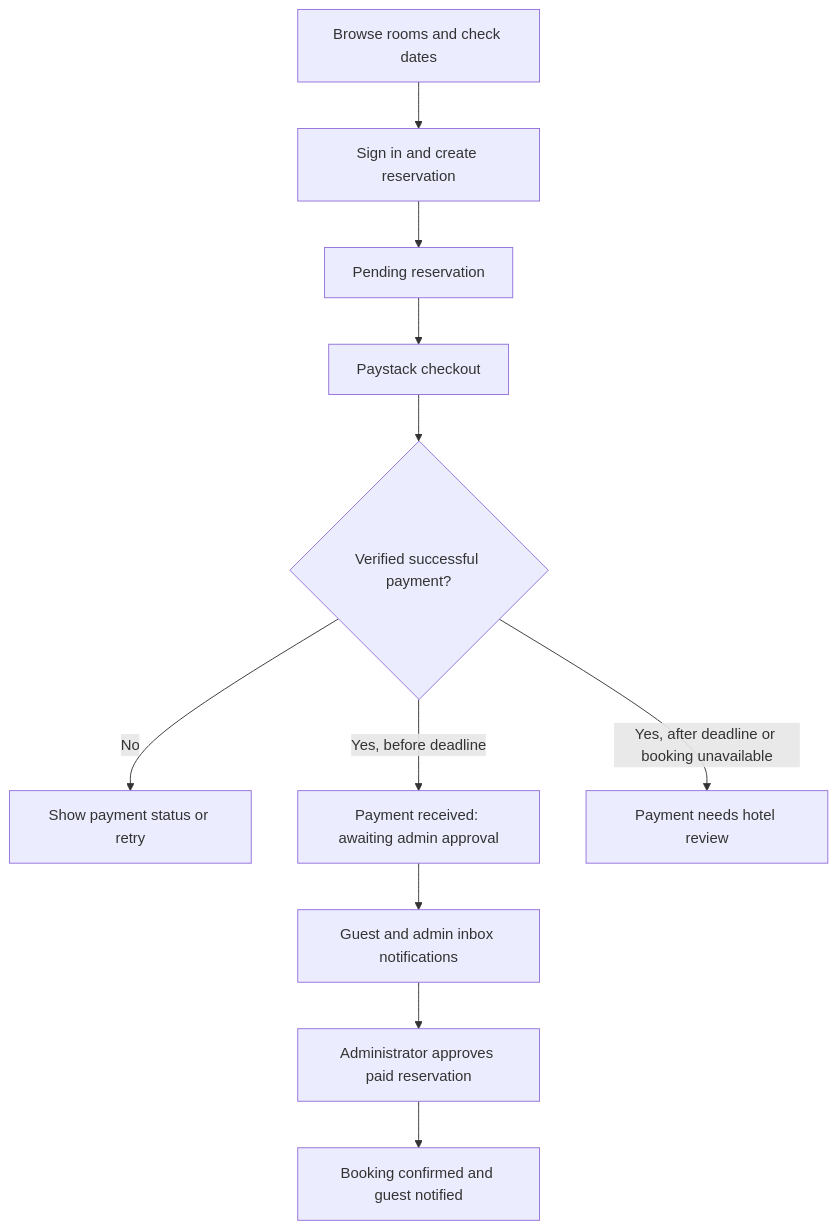
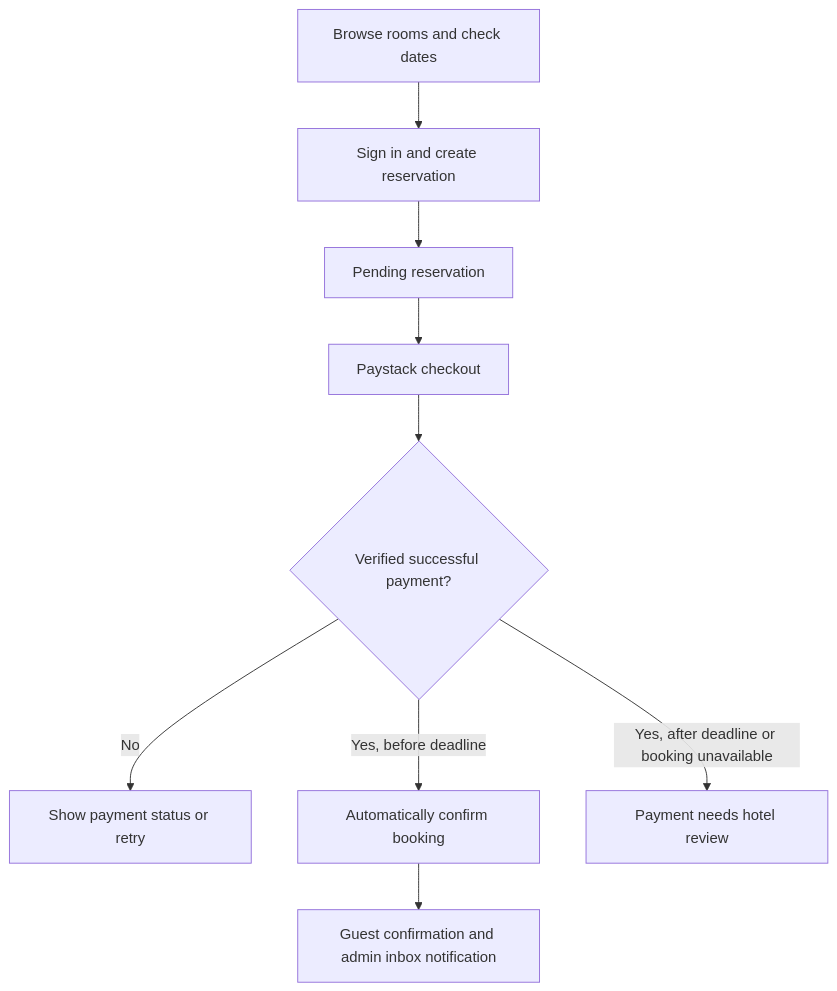
The diagram in README.md (Kgwale-NN/hotel-app), drawn with Mermaid before and after one commit. The commit also changed other lines of this file and 1 other file, not shown here.

Commit message:
Document automatic payment confirmation

````diff
--- a/README.md
+++ b/README.md
@@ -122,13 +122,11 @@
 ```mermaid
 flowchart TD
     A[Browse rooms and check dates] --> B[Sign in and create reservation]
     B --> C[Pending reservation]
     C --> D[Paystack checkout]
     D --> E{Verified successful payment?}
     E -->|No| F[Show payment status or retry]
-    E -->|Yes, before deadline| G[Payment received: awaiting admin approval]
-    G --> H[Guest and admin inbox notifications]
-    H --> I[Administrator approves paid reservation]
-    I --> J[Booking confirmed and guest notified]
+    E -->|Yes, before deadline| G[Automatically confirm booking]
+    G --> H[Guest confirmation and admin inbox notification]
     E -->|Yes, after deadline or booking unavailable| K[Payment needs hotel review]
 ```
````
